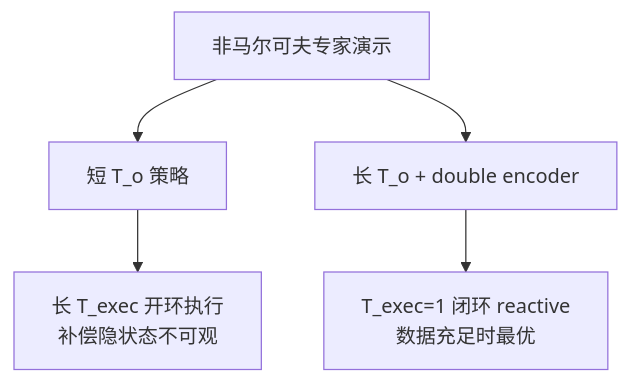
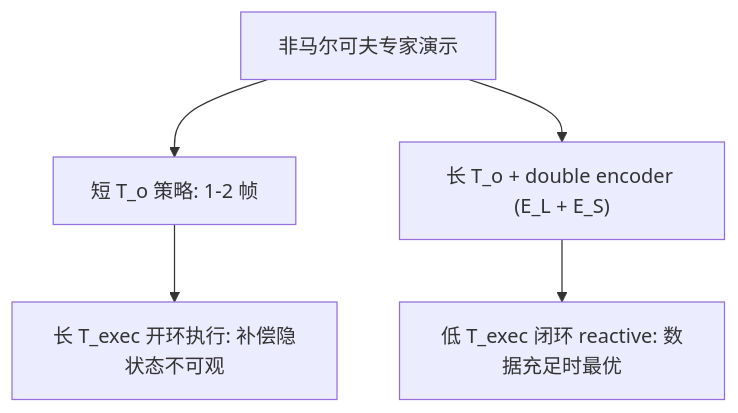
The diagram in wiki/entities/paper-revisiting-open-loop-action-chunking.md (ImChong/Robotics_Notebooks), drawn with Mermaid before and after one commit. The commit also changed other lines of this file and 73 other files, not shown here.

````diff
--- a/wiki/entities/paper-revisiting-open-loop-action-chunking.md
+++ b/wiki/entities/paper-revisiting-open-loop-action-chunking.md
@@ -86,12 +99,10 @@
 ```mermaid
 flowchart TB
   demo["非马尔可夫专家演示"]
-  short["短 T_o 策略"]
-  longexec["长 T_exec 开环执行\n补偿隐状态不可观"]
-  longctx["长 T_o + double encoder"]
-  reactive["T_exec=1 闭环 reactive\n数据充足时最优"]
-  demo --> short
-  short --> longexec
-  demo --> longctx
-  longctx --> reactive
+  short["短 T_o 策略: 1-2 帧"]
+  longexec["长 T_exec 开环执行: 补偿隐状态不可观"]
+  longctx["长 T_o + double encoder (E_L + E_S)"]
+  reactive["低 T_exec 闭环 reactive: 数据充足时最优"]
+  demo --> short --> longexec
+  demo --> longctx --> reactive
 ```
````
